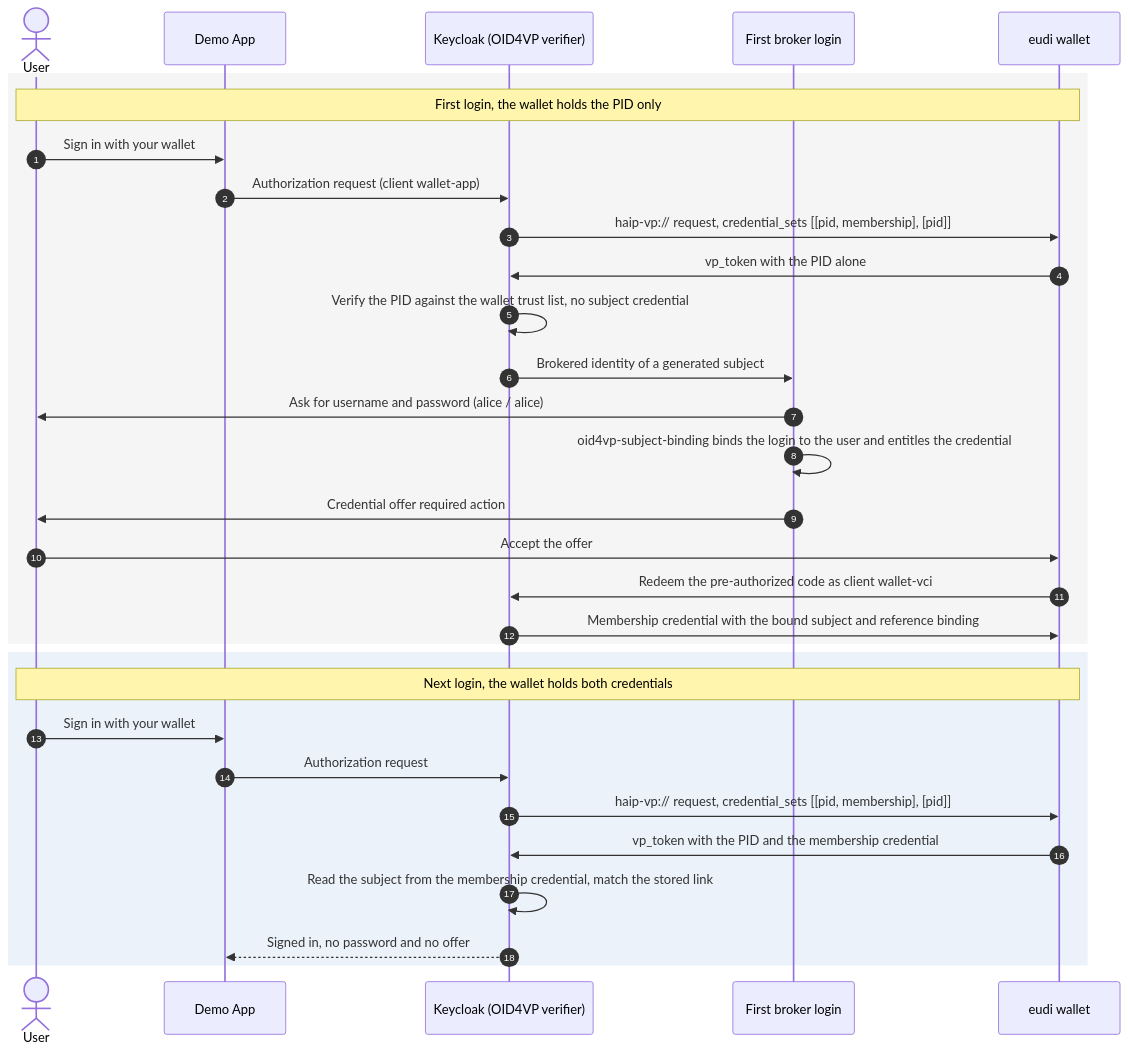
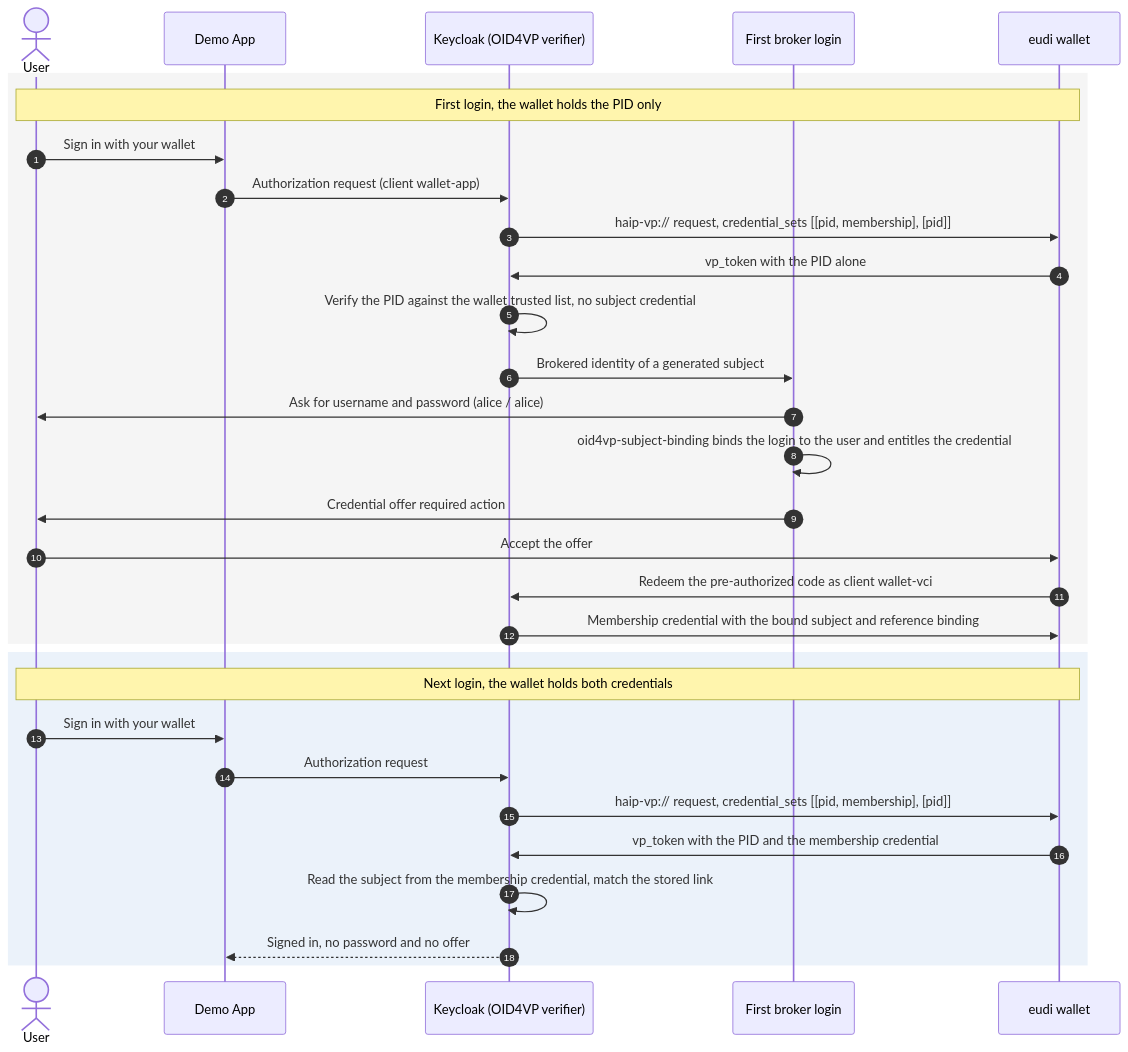
The diagram in examples/keycloak-issuer-verifier-app/README.md (dominikschlosser/eudi-dev), drawn with Mermaid before and after one commit. The commit also changed 33 other files, not shown here.

Commit message:
docs: trim fluff and UI narration and use the trusted list names

````diff
--- a/examples/keycloak-issuer-verifier-app/README.md
+++ b/examples/keycloak-issuer-verifier-app/README.md
@@ -13,35 +13,35 @@
 ```mermaid
 sequenceDiagram
     autonumber
     actor U as User
     participant APP as Demo App
     participant KC as Keycloak (OID4VP verifier)
     participant BROKER as First broker login
     participant W as eudi wallet
 
     rect rgb(245, 245, 245)
     note over U, W: First login, the wallet holds the PID only
     U->>APP: Sign in with your wallet
     APP->>KC: Authorization request (client wallet-app)
     KC->>W: haip-vp:// request, credential_sets [[pid, membership], [pid]]
     W->>KC: vp_token with the PID alone
-    KC->>KC: Verify the PID against the wallet trust list, no subject credential
+    KC->>KC: Verify the PID against the wallet trusted list, no subject credential
     KC->>BROKER: Brokered identity of a generated subject
     BROKER->>U: Ask for username and password (alice / alice)
     BROKER->>BROKER: oid4vp-subject-binding binds the login to the user and entitles the credential
     BROKER->>U: Credential offer required action
     U->>W: Accept the offer
     W->>KC: Redeem the pre-authorized code as client wallet-vci
     KC->>W: Membership credential with the bound subject and reference binding
     end
 
     rect rgb(235, 242, 250)
     note over U, W: Next login, the wallet holds both credentials
     U->>APP: Sign in with your wallet
     APP->>KC: Authorization request
     KC->>W: haip-vp:// request, credential_sets [[pid, membership], [pid]]
     W->>KC: vp_token with the PID and the membership credential
     KC->>KC: Read the subject from the membership credential, match the stored link
     KC-->>APP: Signed in, no password and no offer
     end
 ```
````
